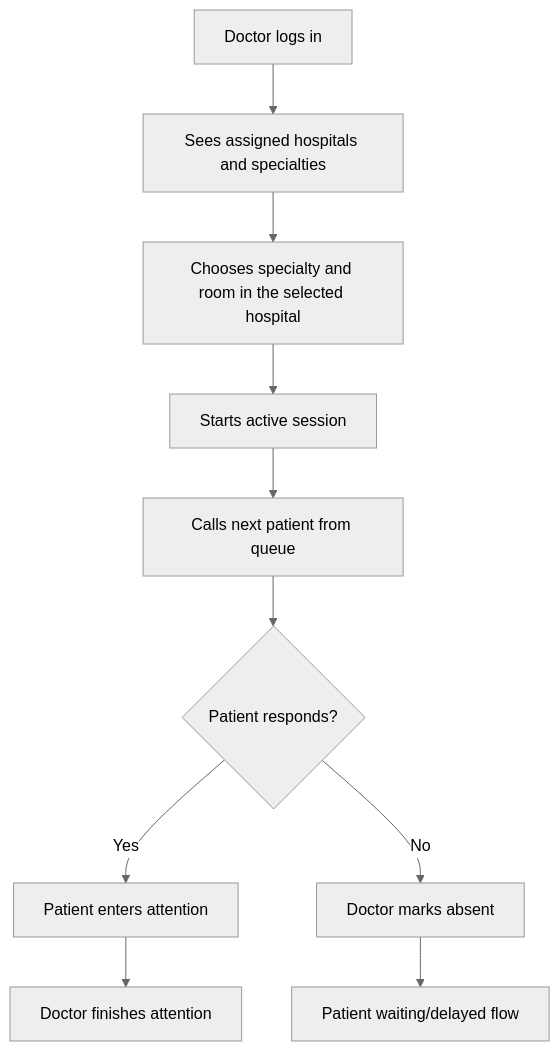
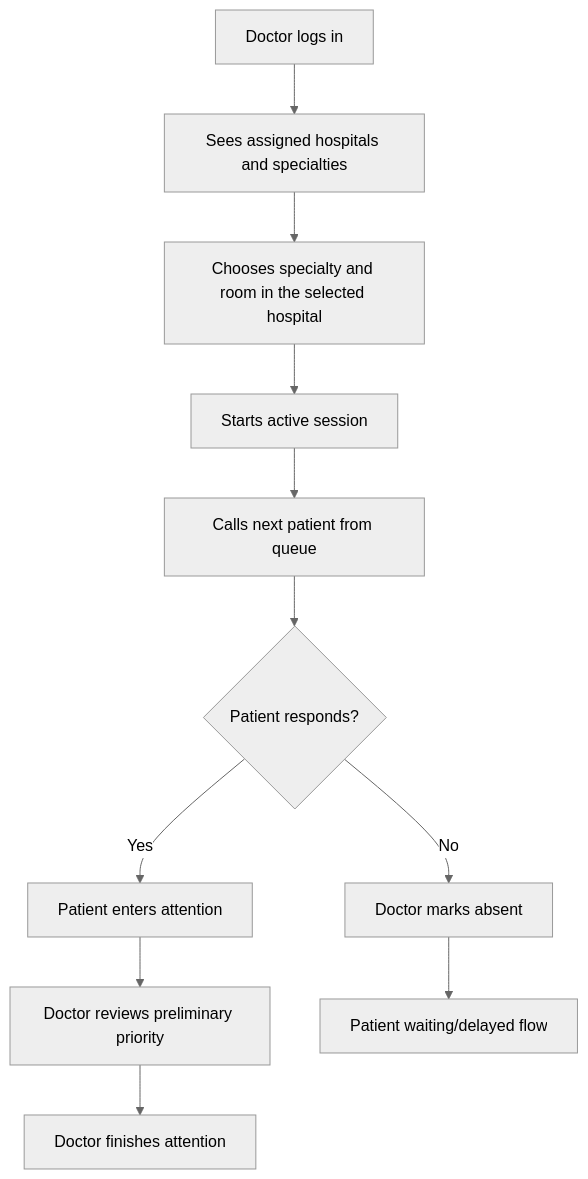
The diagram in docs/03-doctor-flow.md (MatiasCanevaro/pretriage_backend), drawn with Mermaid (neutral theme) before and after one commit. The commit also changed other lines of this file and 18 other files, not shown here.

````diff
--- a/docs/03-doctor-flow.md
+++ b/docs/03-doctor-flow.md
@@ -5,12 +5,13 @@
 ```mermaid
 flowchart TD
     A[Doctor logs in] --> B[Sees assigned hospitals and specialties]
     B --> C[Chooses specialty and room in the selected hospital]
     C --> D[Starts active session]
     D --> E[Calls next patient from queue]
     E --> F{Patient responds?}
     F -->|Yes| G[Patient enters attention]
     F -->|No| H[Doctor marks absent]
-    G --> I[Doctor finishes attention]
+    G --> I[Doctor reviews preliminary priority]
+    I --> K[Doctor finishes attention]
     H --> J[Patient waiting/delayed flow]
 ```
````
